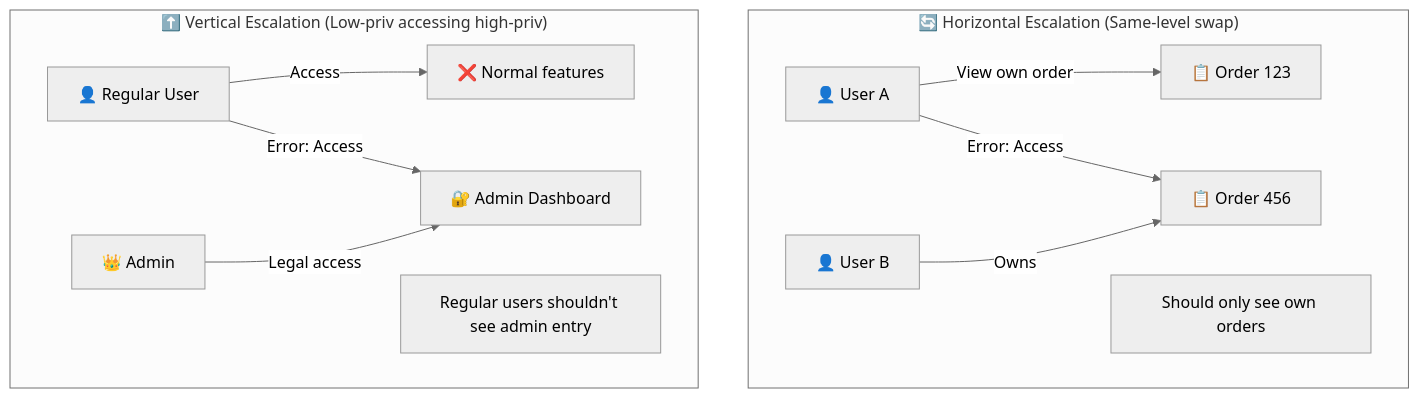
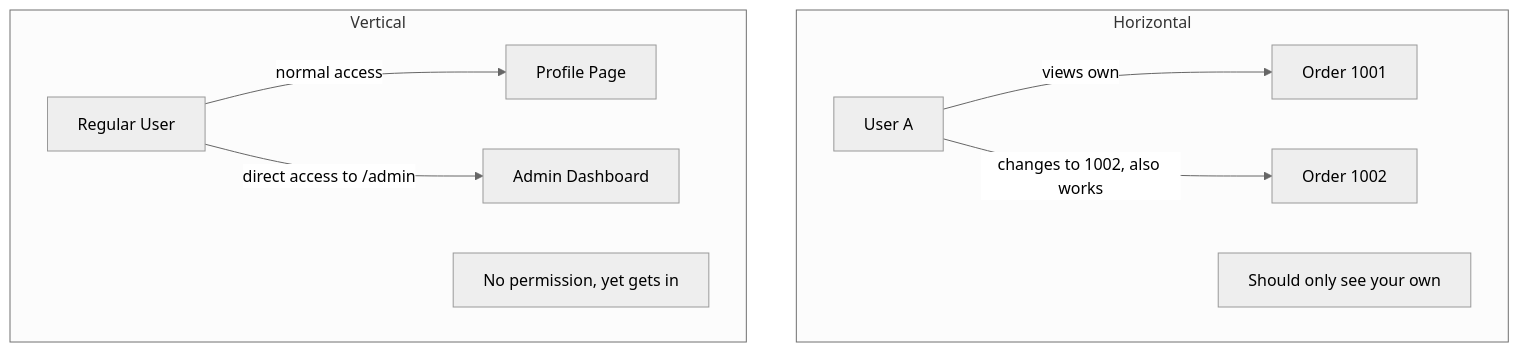
Before and after one commit to zhangshichuan/maxzhang.site: the third of 5 diagrams in articles/en/nodejs-security-guide.mdx, drawn with Mermaid (neutral theme). The commit also changed other lines of this file and 49 other files, not shown here.

````diff
--- a/articles/en/nodejs-security-guide.mdx
+++ b/articles/en/nodejs-security-guide.mdx
@@ -408,16 +339,14 @@
 ```mermaid
 flowchart TD
-    subgraph Horizontal["🔄 Horizontal Escalation (Same-level swap)"]
-        A[👤 User A] -->|View own order| O1[📋 Order 123]
-        A -->|Error: Access| O2[📋 Order 456]
-        B[👤 User B] -->|Owns| O2
-        NoteAB[Should only see own orders]
+    subgraph Horizontal
+        A[User A] -->|views own| O1[Order 1001]
+        A -->|changes to 1002, also works| O2[Order 1002]
+        Note1[Should only see your own]
     end
 
-    subgraph Vertical["⬆️ Vertical Escalation (Low-priv accessing high-priv)"]
-        C[👤 Regular User] -->|Access| N1[❌ Normal features]
-        C -->|Error: Access| D1[🔐 Admin Dashboard]
-        D[👑 Admin] -->|Legal access| D1
-        NoteCD[Regular users shouldn't see admin entry]
+    subgraph Vertical
+        C[Regular User] -->|normal access| N1[Profile Page]
+        C -->|direct access to /admin| D1[Admin Dashboard]
+        Note2[No permission, yet gets in]
     end
 ```
````
